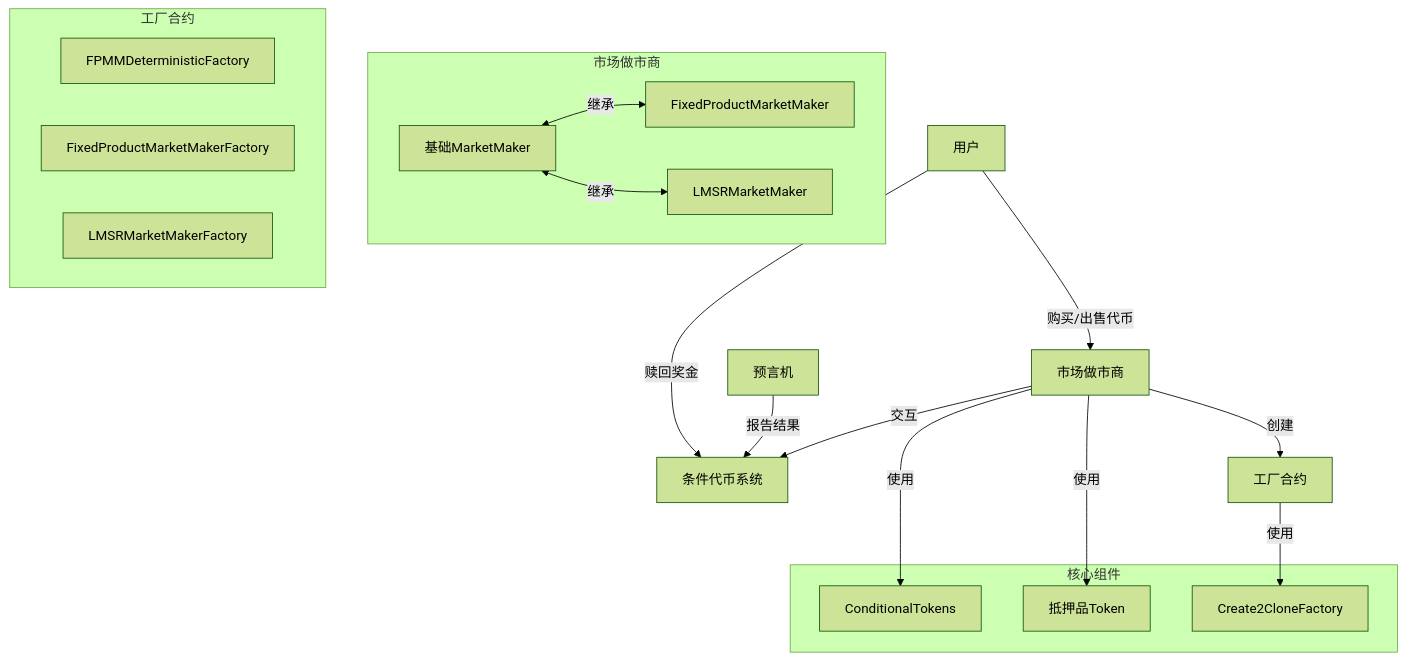
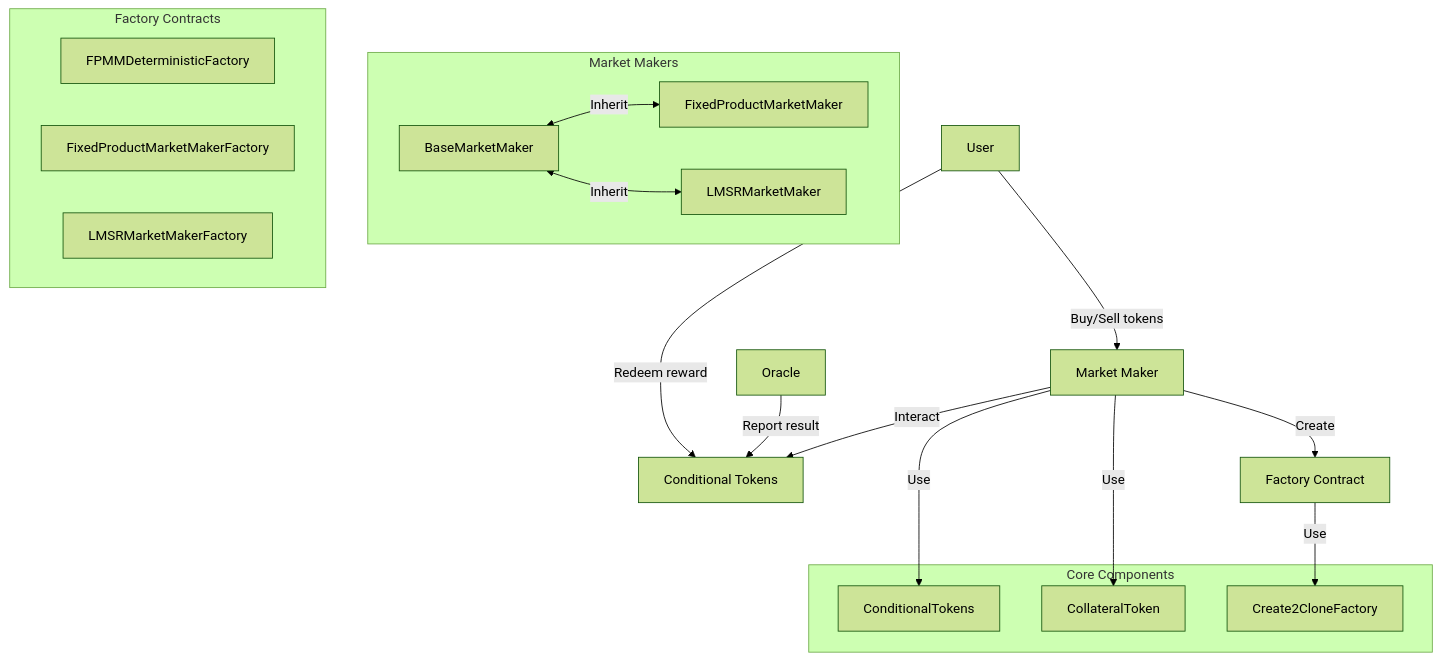
One commit to magj2006/conditional-tokens-market-makers changed the first of 4 diagrams in docs/ConditionalTokensMarketMakers.md. Above: the diagram before and after it, drawn with Mermaid (forest theme). The commit also changed other lines of this file, not shown here.

````diff
--- a/docs/ConditionalTokensMarketMakers.md
+++ b/docs/ConditionalTokensMarketMakers.md
@@ -5,32 +5,32 @@
 ```mermaid
 graph TD
-    A[用户] -->|购买/出售代币| B[市场做市商]
-    B -->|交互| C[条件代币系统]
-    D[预言机] -->|报告结果| C
-    A -->|赎回奖金| C
-    B -->|创建| E[工厂合约]
+    A[User] -->|Buy/Sell tokens| B[Market Maker]
+    B -->|Interact| C[Conditional Tokens]
+    D[Oracle] -->|Report result| C
+    A -->|Redeem reward| C
+    B -->|Create| E[Factory Contract]
     
-    subgraph 市场做市商
+    subgraph Market Makers
         F[FixedProductMarketMaker]
         G[LMSRMarketMaker]
-        H[基础MarketMaker]
-        H <-- 继承 --> F
-        H <-- 继承 --> G
+        H[BaseMarketMaker]
+        H <-- Inherit --> F
+        H <-- Inherit --> G
     end
     
-    subgraph 工厂合约
+    subgraph Factory Contracts
         I[FPMMDeterministicFactory]
         J[FixedProductMarketMakerFactory]
         K[LMSRMarketMakerFactory]
     end
     
-    subgraph 核心组件
+    subgraph Core Components
         L[ConditionalTokens]
-        M[抵押品Token]
+        M[CollateralToken]
         N[Create2CloneFactory]
     end
     
-    E -- 使用 --> N
-    B -- 使用 --> L
-    B -- 使用 --> M
+    E -- Use --> N
+    B -- Use --> L
+    B -- Use --> M
 ```
````
